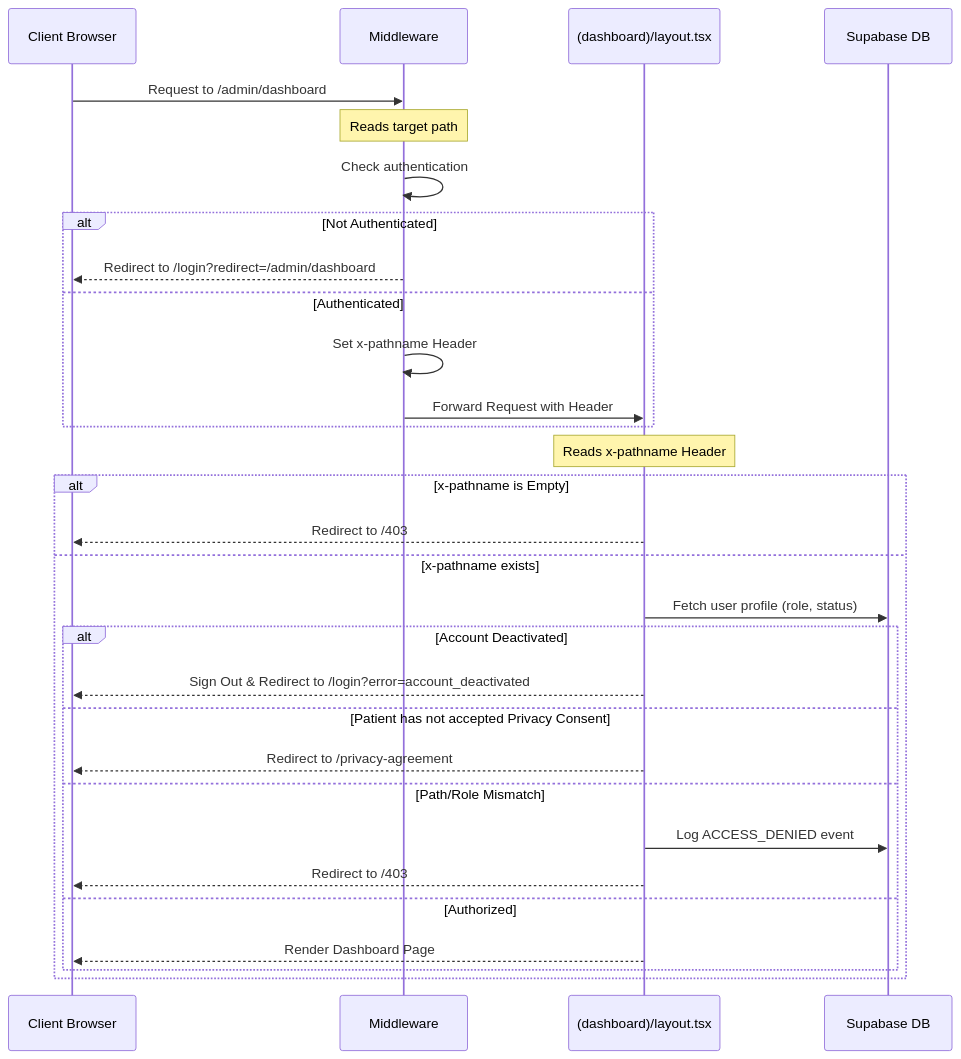
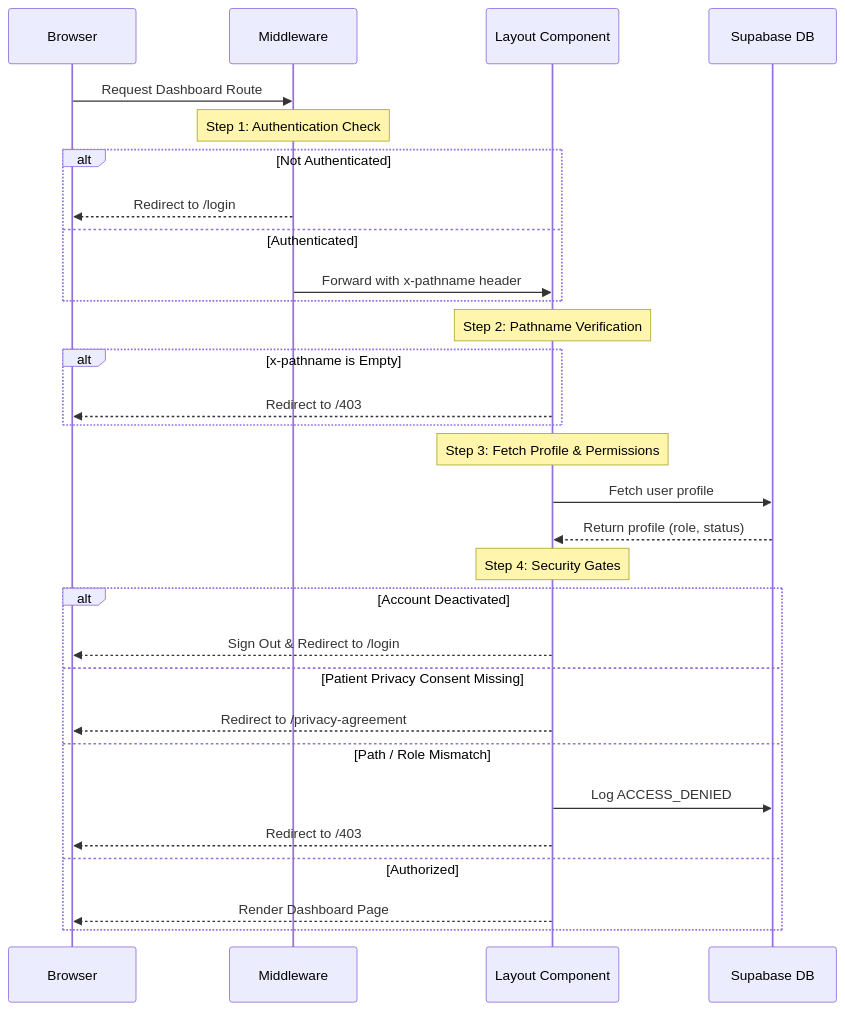
The diagram in documentation/ARCHITECTURE.md (Setsuna-guwah/Klinikaid), drawn with Mermaid before and after one commit.

Commit message:
docs: flatten and simplify the layout-level role gate sequence diagram in ARCHITECTURE.md

````diff
--- a/documentation/ARCHITECTURE.md
+++ b/documentation/ARCHITECTURE.md
@@ -26,34 +26,36 @@
 ```mermaid
 sequenceDiagram
-    participant User as Client Browser
+    participant Browser as Browser
     participant MW as Middleware
-    participant Layout as (dashboard)/layout.tsx
+    participant Layout as Layout Component
     participant DB as Supabase DB
 
-    User->>MW: Request to /admin/dashboard
-    Note over MW: Reads target path
-    MW->>MW: Check authentication
+    Browser->>MW: Request Dashboard Route
+    Note over MW: Step 1: Authentication Check
     alt Not Authenticated
-        MW-->>User: Redirect to /login?redirect=/admin/dashboard
+        MW-->>Browser: Redirect to /login
     else Authenticated
-        MW->>MW: Set x-pathname Header
-        MW->>Layout: Forward Request with Header
+        MW->>Layout: Forward with x-pathname header
     end
 
-    Note over Layout: Reads x-pathname Header
+    Note over Layout: Step 2: Pathname Verification
     alt x-pathname is Empty
-        Layout-->>User: Redirect to /403
-    else x-pathname exists
-        Layout->>DB: Fetch user profile (role, status)
-        alt Account Deactivated
-            Layout-->>User: Sign Out & Redirect to /login?error=account_deactivated
-        else Patient has not accepted Privacy Consent
-            Layout-->>User: Redirect to /privacy-agreement
-        else Path/Role Mismatch
-            Layout->>DB: Log ACCESS_DENIED event
-            Layout-->>User: Redirect to /403
-        else Authorized
-            Layout-->>User: Render Dashboard Page
-        end
+        Layout-->>Browser: Redirect to /403
+    end
+
+    Note over Layout: Step 3: Fetch Profile & Permissions
+    Layout->>DB: Fetch user profile
+    DB-->>Layout: Return profile (role, status)
+
+    Note over Layout: Step 4: Security Gates
+    alt Account Deactivated
+        Layout-->>Browser: Sign Out & Redirect to /login
+    else Patient Privacy Consent Missing
+        Layout-->>Browser: Redirect to /privacy-agreement
+    else Path / Role Mismatch
+        Layout->>DB: Log ACCESS_DENIED
+        Layout-->>Browser: Redirect to /403
+    else Authorized
+        Layout-->>Browser: Render Dashboard Page
     end
 ```
````
